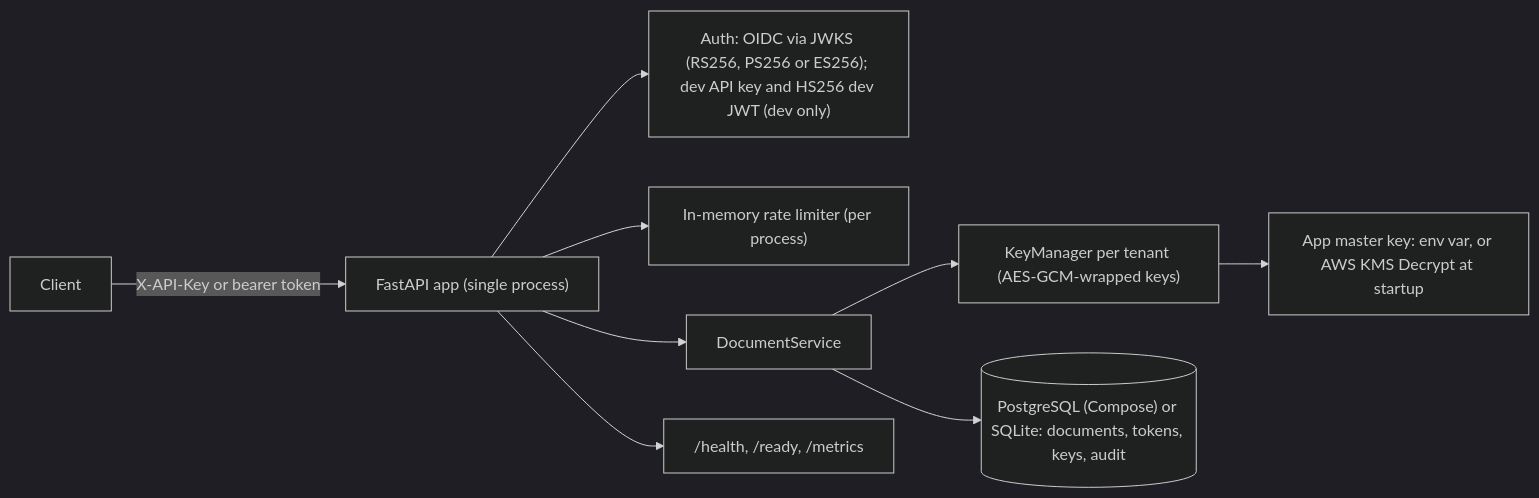
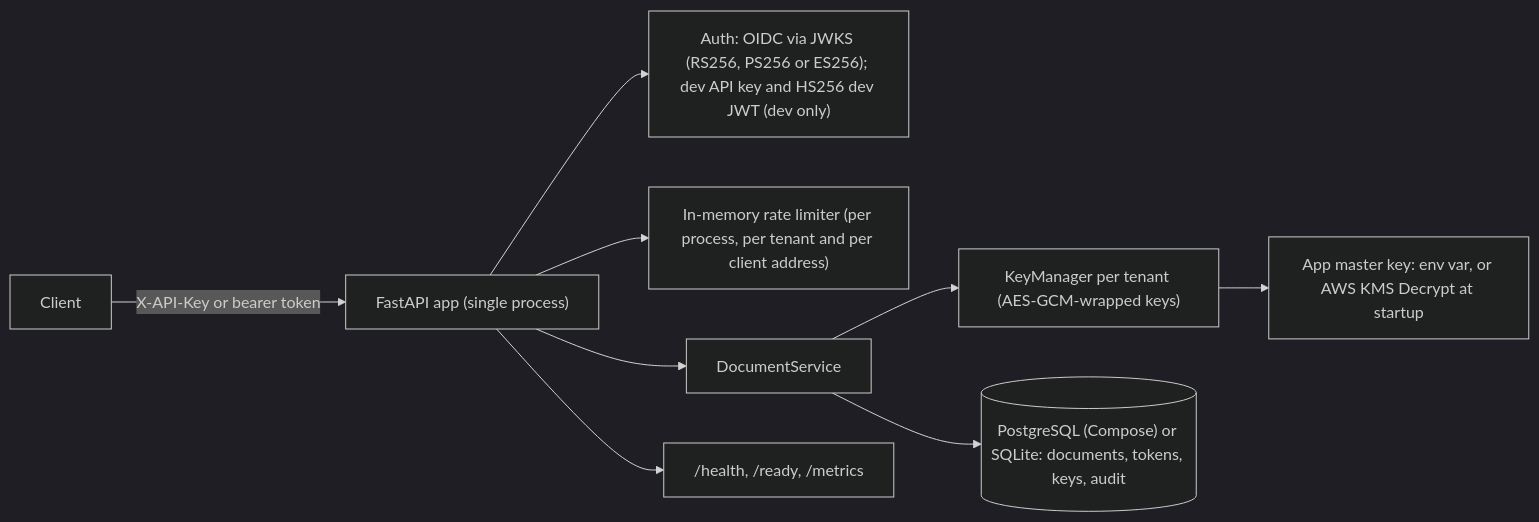
The first of 17 diagrams in docs/ARCHITECTURE.md (MysterionRise/encrypted-information-retrieval), drawn with Mermaid (dark theme) before and after one commit. The commit also changed other lines of this file and 14 other files, not shown here.

````diff
--- a/docs/ARCHITECTURE.md
+++ b/docs/ARCHITECTURE.md
@@ -19,11 +19,11 @@
 ```mermaid
 graph LR
     CLIENT["Client"] -->|"X-API-Key or bearer token"| API["FastAPI app (single process)"]
     API --> AUTH["Auth: OIDC via JWKS (RS256, PS256 or ES256); dev API key and HS256 dev JWT (dev only)"]
-    API --> RL["In-memory rate limiter (per process)"]
+    API --> RL["In-memory rate limiter (per process, per tenant and per client address)"]
     API --> DS["DocumentService"]
     DS --> KM["KeyManager per tenant (AES-GCM-wrapped keys)"]
     KM --> MK["App master key: env var, or AWS KMS Decrypt at startup"]
     DS --> DB[("PostgreSQL (Compose) or SQLite: documents, tokens, keys, audit")]
     API --> ADMIN["/health, /ready, /metrics"]
 ```
````
